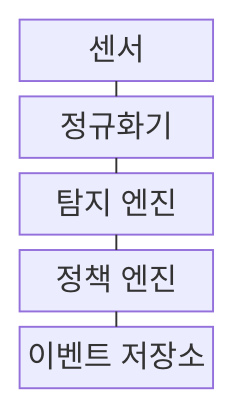
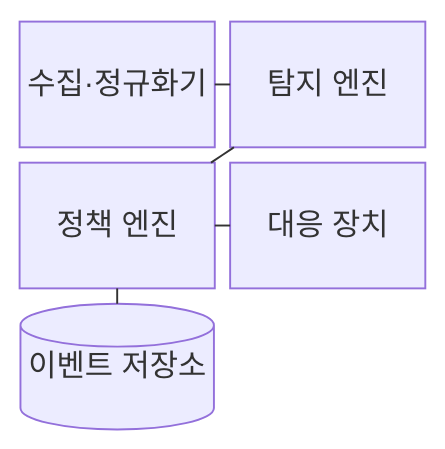
One commit to agnusdei1207/knowledge-base changed the first of 2 diagrams in src/content/docs/notes/04-network/021_ids_ips.md. Above: the diagram before and after it, drawn with Mermaid. The commit also changed other lines of this file and 20 other files, not shown here.

````diff
--- a/src/content/docs/notes/04-network/021_ids_ips.md
+++ b/src/content/docs/notes/04-network/021_ids_ips.md
@@ -58,13 +56,13 @@
 ```mermaid
-block-beta
-    columns 1
-    A["센서"]
-    B["정규화기"]
-    C["탐지 엔진"]
-    D["정책 엔진"]
-    E["이벤트 저장소"]
+block
+    columns 2
+    A["수집·정규화기"]
+    B["탐지 엔진"]
+    C["정책 엔진"]
+    D["대응 장치"]
+    E[("이벤트 저장소")]
     A --- B
     B --- C
     C --- D
-    D --- E
+    C --- E
 ```
````
